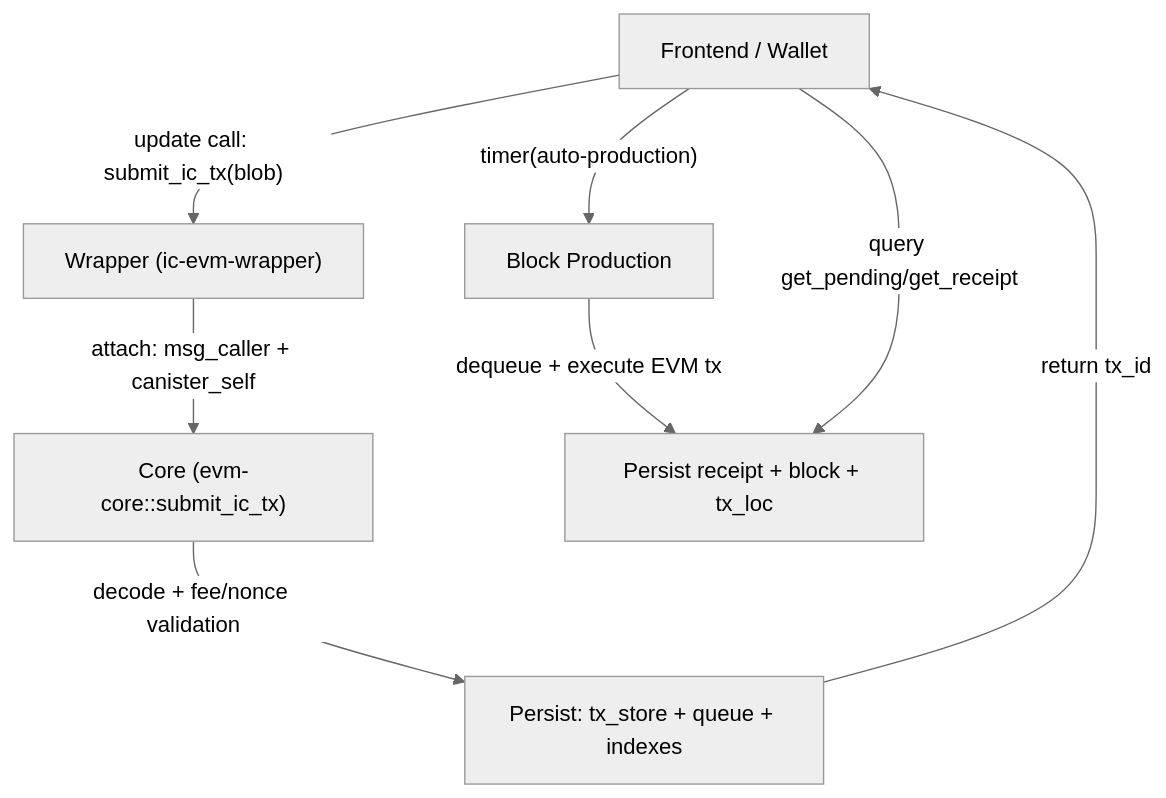
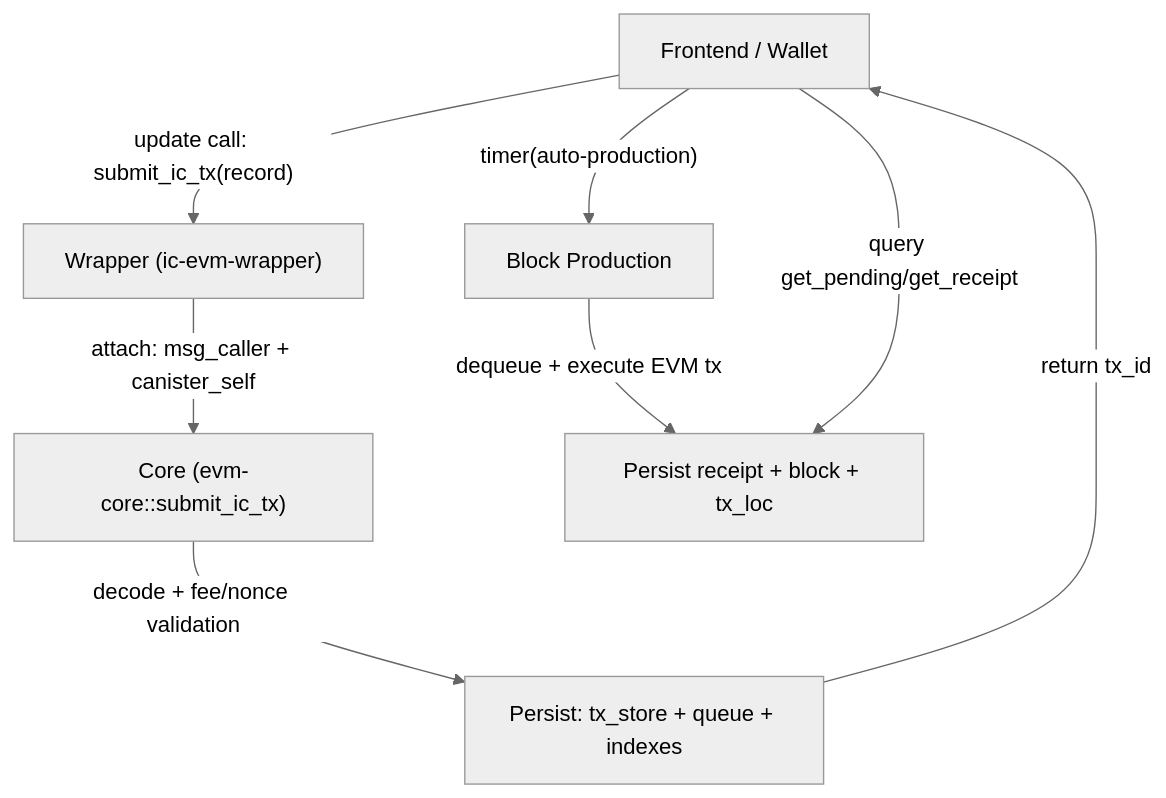
The first of 3 diagrams in README.md (humandebri/Kasane), drawn with Mermaid (neutral theme) before and after one commit. The commit also changed other lines of this file and 93 other files, not shown here.

````diff
--- a/README.md
+++ b/README.md
@@ -77,10 +79,10 @@
 ```mermaid
 flowchart TD
-  A["Frontend / Wallet"] -->|"update call: submit_ic_tx(blob)"| B["Wrapper (ic-evm-wrapper)"]
+  A["Frontend / Wallet"] -->|"update call: submit_ic_tx(record)"| B["Wrapper (ic-evm-wrapper)"]
   B -->|"attach: msg_caller + canister_self"| C["Core (evm-core::submit_ic_tx)"]
   C -->|"decode + fee/nonce validation"| D["Persist: tx_store + queue + indexes"]
   D -->|"return tx_id"| A
   A -->|"timer(auto-production)"| E["Block Production"]
   E -->|"dequeue + execute EVM tx"| F["Persist receipt + block + tx_loc"]
   A -->|"query get_pending/get_receipt"| F
 ```
````
